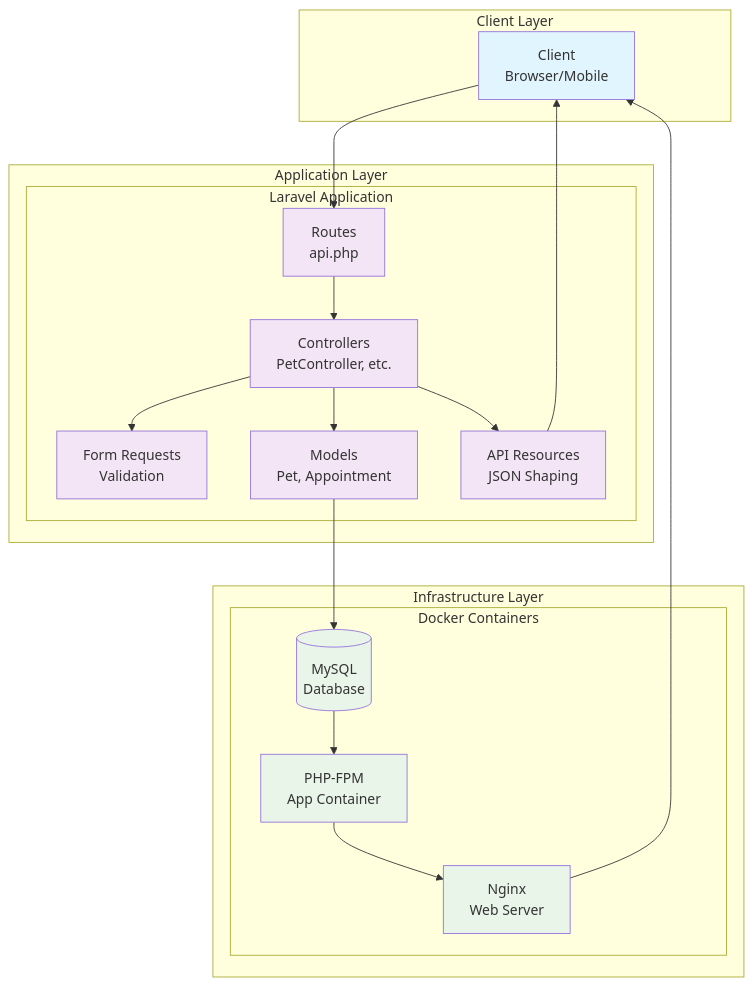
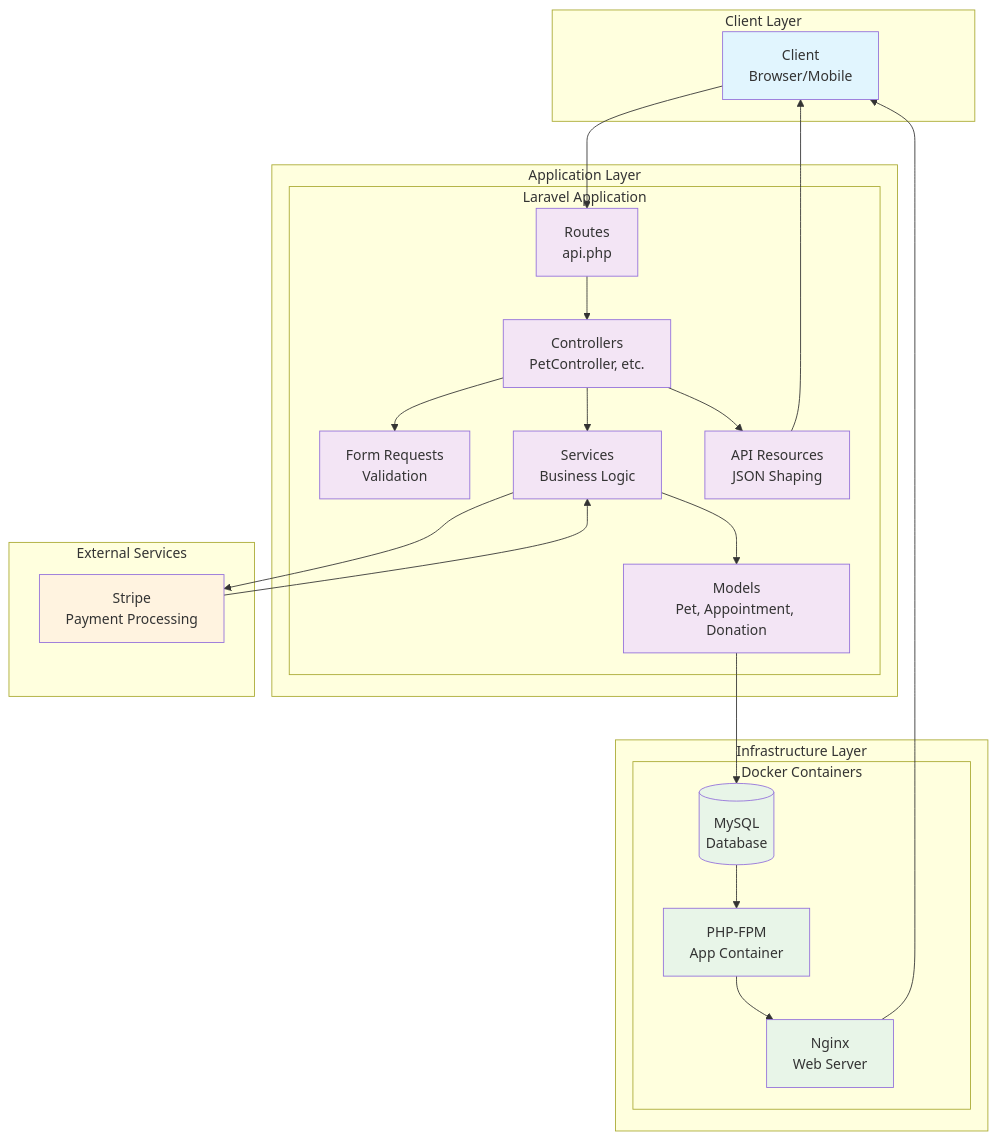
The third of 3 diagrams in docs/architecture.md (slightlyprivate/petcare-companion), drawn with Mermaid before and after one commit. The commit also changed other lines of this file and 32 other files, not shown here.

````diff
--- a/docs/architecture.md
+++ b/docs/architecture.md
@@ -140,44 +191,54 @@
 ```mermaid
 graph TB
     subgraph "Client Layer"
         C[Client<br/>Browser/Mobile]
     end
 
     subgraph "Application Layer"
         subgraph "Laravel Application"
             R[Routes<br/>api.php]
             Ctrl[Controllers<br/>PetController, etc.]
             FR[Form Requests<br/>Validation]
-            M[Models<br/>Pet, Appointment]
+            S[Services<br/>Business Logic]
+            M[Models<br/>Pet, Appointment, Donation]
             Res[API Resources<br/>JSON Shaping]
         end
+    end
+
+    subgraph "External Services"
+        ST[Stripe<br/>Payment Processing]
     end
 
     subgraph "Infrastructure Layer"
         subgraph "Docker Containers"
             PHP[PHP-FPM<br/>App Container]
             NG[Nginx<br/>Web Server]
             DB[(MySQL<br/>Database)]
         end
     end
 
     C --> R
     R --> Ctrl
     Ctrl --> FR
-    Ctrl --> M
+    Ctrl --> S
+    S --> M
+    S --> ST
     M --> DB
     Ctrl --> Res
     Res --> C
+    ST --> S
 
     PHP --> NG
     NG --> C
     DB --> PHP
 
     classDef client fill:#e1f5fe
     classDef app fill:#f3e5f5
+    classDef external fill:#fff3e0
     classDef infra fill:#e8f5e8
 
     class C client
-    class R,Ctrl,FR,M,Res app
+    class R,Ctrl,FR,S,M,Res app
+    class ST external
     class PHP,NG,DB infra
 ```
````
